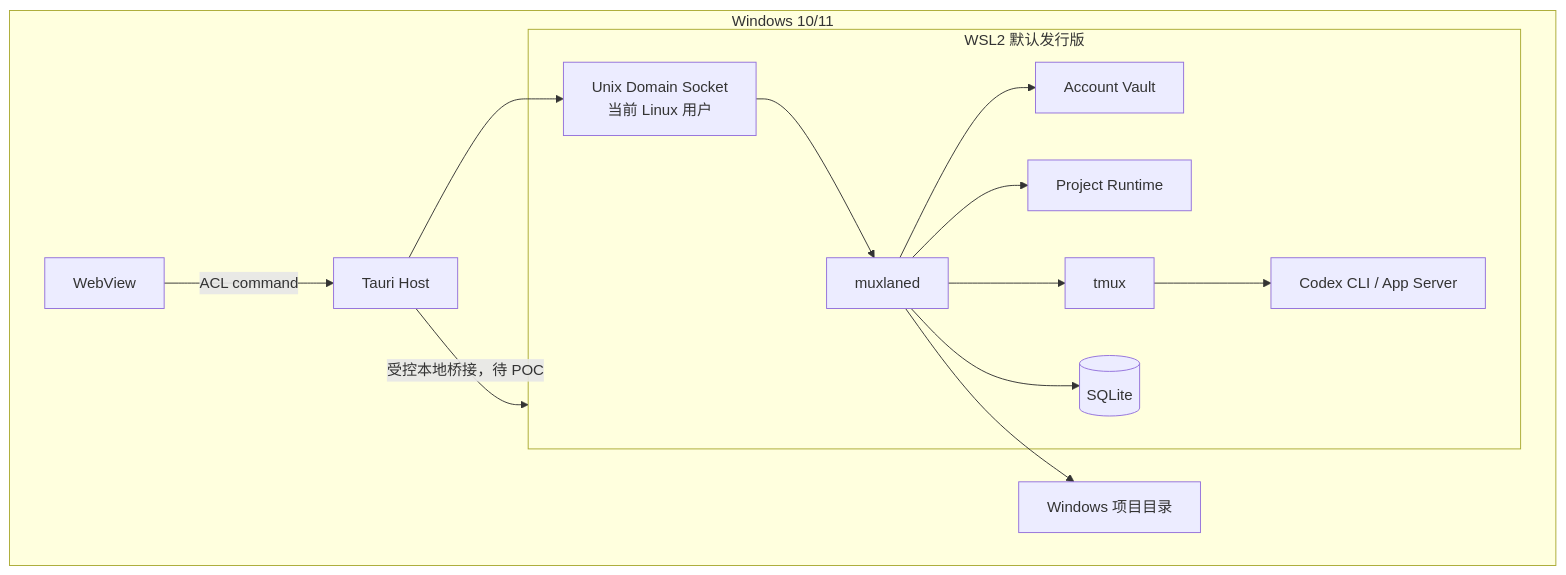
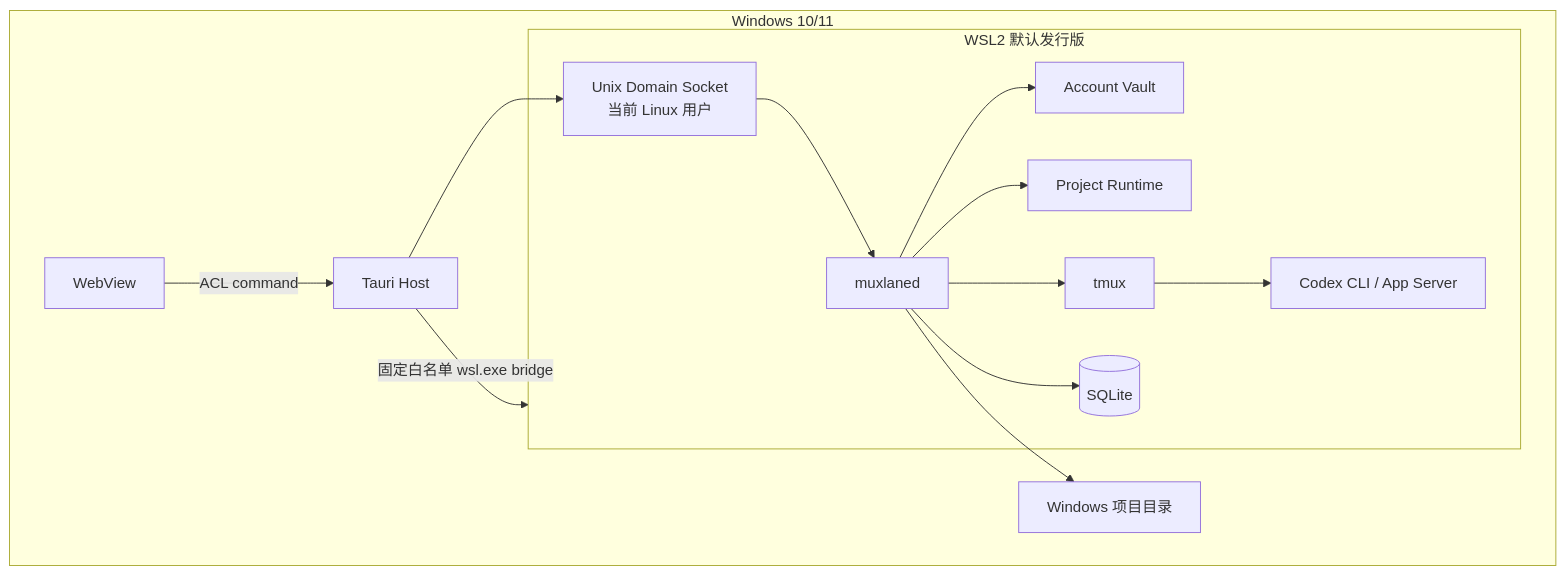
One commit to Mingll22/muxlane changed the second of 2 diagrams in docs/ARCHITECTURE.md. Above: the diagram before and after it, drawn with Mermaid. The commit also changed other lines of this file and 40 other files, not shown here.

````diff
--- a/docs/ARCHITECTURE.md
+++ b/docs/ARCHITECTURE.md
@@ -34,22 +34,22 @@
 ```mermaid
 flowchart TB
   subgraph win[Windows 10/11]
     web[WebView] -->|ACL command| host[Tauri Host]
-    host -->|受控本地桥接，待 POC| wsl
+    host -->|固定白名单 wsl.exe bridge| wsl
     projectwin[Windows 项目目录]
   end
   subgraph wsl[WSL2 默认发行版]
     daemon[muxlaned]
     socket[Unix Domain Socket<br/>当前 Linux 用户]
     vault[Account Vault]
     rt[Project Runtime]
     tmux[tmux]
     codex[Codex CLI / App Server]
     db[(SQLite)]
     socket --> daemon
     daemon --> vault & rt & tmux & db
     tmux --> codex
   end
   host --> socket
   daemon --> projectwin
 ```
````
